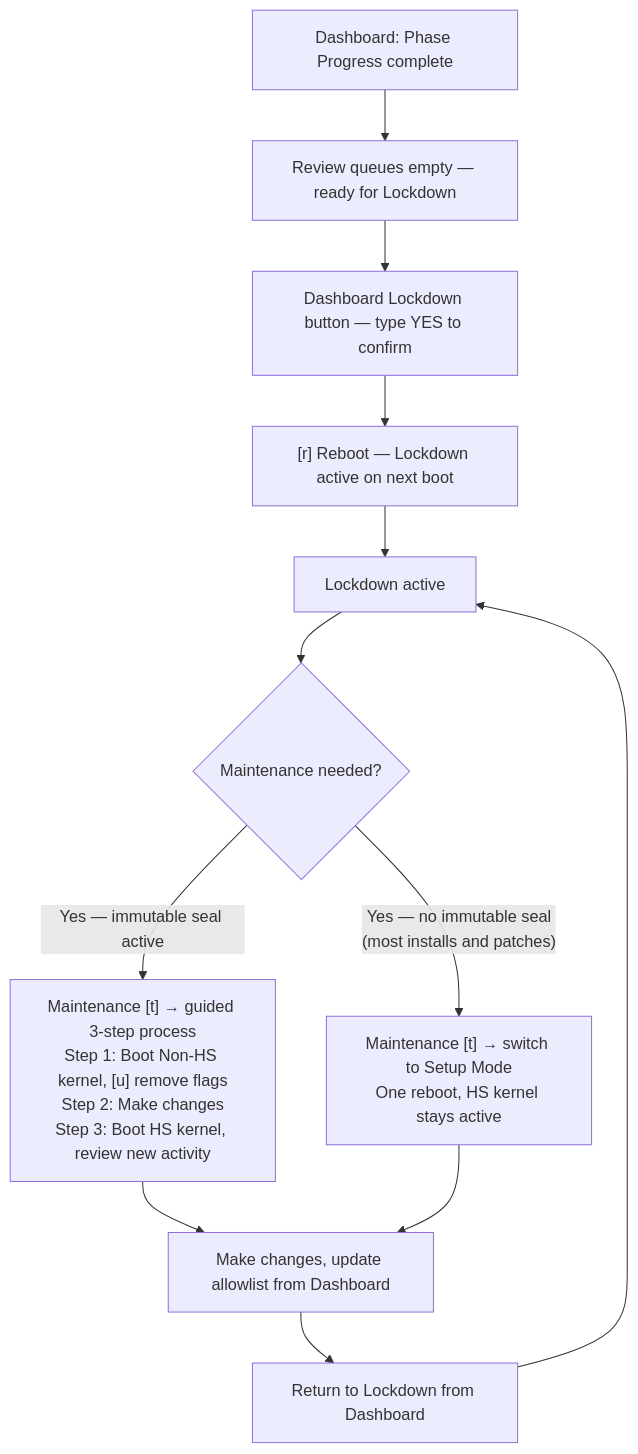
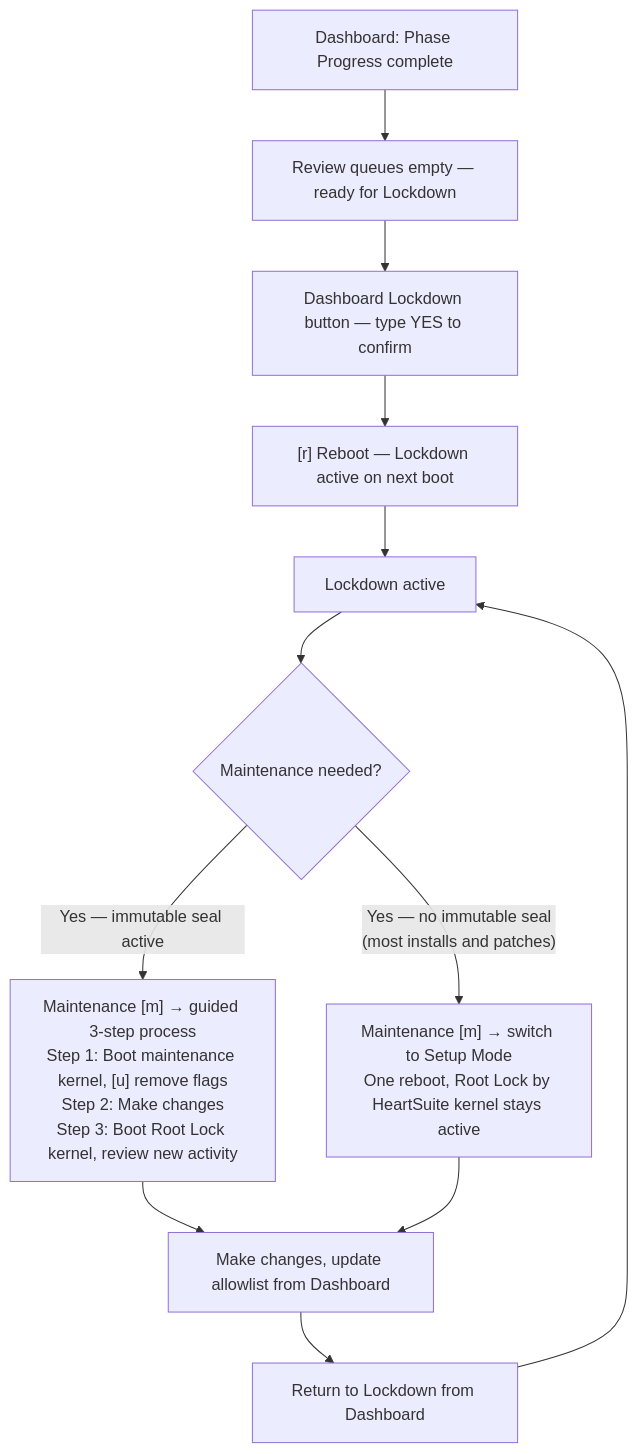
Before and after one commit to HeartSecuritySuite/heartsuite-docs: the diagram in content/en/docs/mode-switching/index.md, drawn with Mermaid. The commit also changed other lines of this file and 333 other files, not shown here.

````diff
--- a/content/en/docs/mode-switching/index.md
+++ b/content/en/docs/mode-switching/index.md
@@ -61,14 +61,14 @@
 ```mermaid
 graph TD
     A["Dashboard: Phase Progress complete"] --> B["Review queues empty — ready for Lockdown"];
     B --> C["Dashboard Lockdown button — type YES to confirm"];
     C --> D["[r] Reboot — Lockdown active on next boot"];
     D --> E["Lockdown active"];
     E --> G{Maintenance needed?};
-    G --> |"Yes — immutable seal active"| I["Maintenance [t] → guided 3-step process\nStep 1: Boot Non-HS kernel, [u] remove flags\nStep 2: Make changes\nStep 3: Boot HS kernel, review new activity"];
-    G --> |"Yes — no immutable seal\n(most installs and patches)"| O["Maintenance [t] → switch to Setup Mode\nOne reboot, HS kernel stays active"];
+    G --> |"Yes — immutable seal active"| I["Maintenance [m] → guided 3-step process\nStep 1: Boot maintenance kernel, [u] remove flags\nStep 2: Make changes\nStep 3: Boot Root Lock kernel, review new activity"];
+    G --> |"Yes — no immutable seal\n(most installs and patches)"| O["Maintenance [m] → switch to Setup Mode\nOne reboot, Root Lock by HeartSuite kernel stays active"];
     I --> J["Make changes, update allowlist from Dashboard"];
     O --> J;
     J --> N["Return to Lockdown from Dashboard"];
     N --> E;
 ```
````
